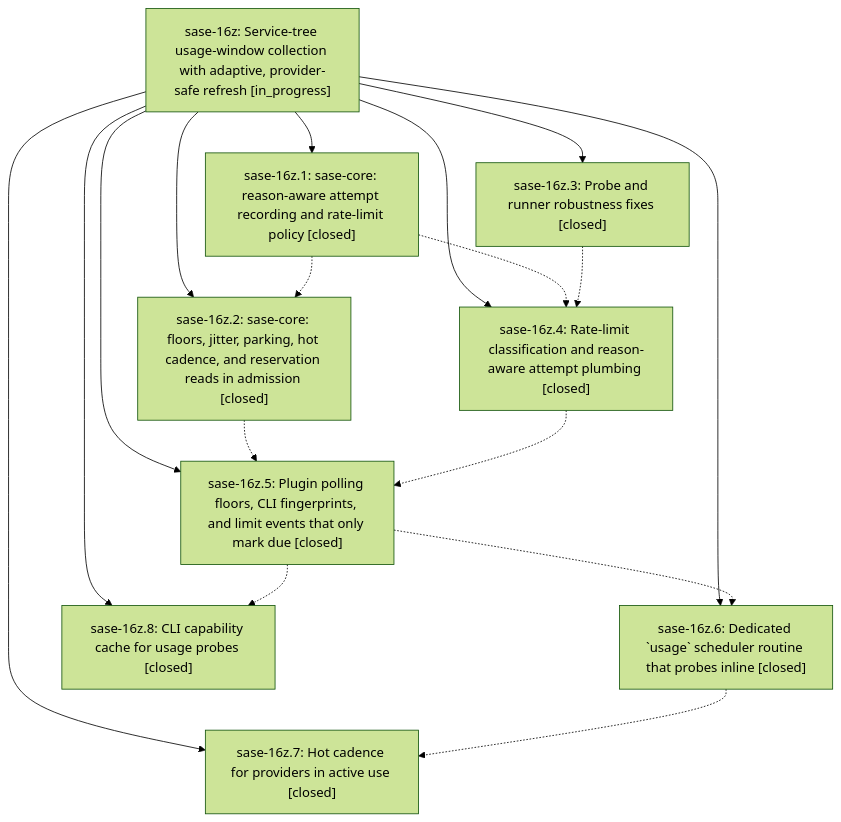
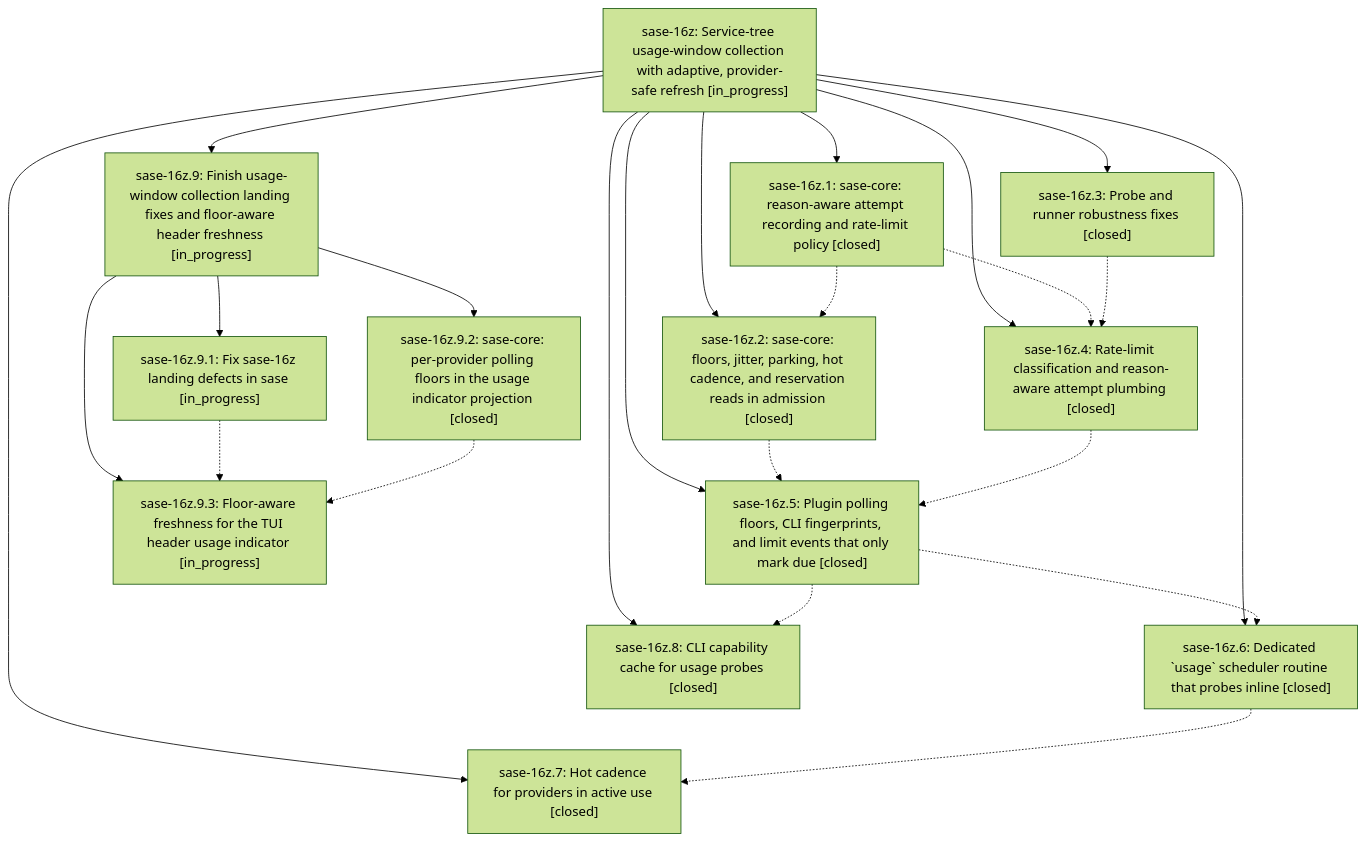
One commit to sase-org/sase--beads changed the diagram in pages/sase-16z/README.md. Above: the diagram before and after it, drawn with Mermaid (forest theme). The commit also changed other lines of this file and 5 other files, not shown here.

````diff
--- a/pages/sase-16z/README.md
+++ b/pages/sase-16z/README.md
@@ -35,28 +37,38 @@
 ```mermaid
 flowchart TD
     n0["sase-16z: Service-tree usage-window collection with adaptive, provider-safe refresh [in_progress]"]
     n1["sase-16z.1: sase-core: reason-aware attempt recording and rate-limit policy [closed]"]
     n2["sase-16z.2: sase-core: floors, jitter, parking, hot cadence, and reservation reads in admission [closed]"]
     n3["sase-16z.3: Probe and runner robustness fixes [closed]"]
     n4["sase-16z.4: Rate-limit classification and reason-aware attempt plumbing [closed]"]
     n5["sase-16z.5: Plugin polling floors, CLI fingerprints, and limit events that only mark due [closed]"]
     n6["sase-16z.6: Dedicated `usage` scheduler routine that probes inline [closed]"]
     n7["sase-16z.7: Hot cadence for providers in active use [closed]"]
     n8["sase-16z.8: CLI capability cache for usage probes [closed]"]
+    n9["sase-16z.9: Finish usage-window collection landing fixes and floor-aware header freshness [in_progress]"]
+    n10["sase-16z.9.1: Fix sase-16z landing defects in sase [in_progress]"]
+    n11["sase-16z.9.2: sase-core: per-provider polling floors in the usage indicator projection [closed]"]
+    n12["sase-16z.9.3: Floor-aware freshness for the TUI header usage indicator [in_progress]"]
     n0 --> n1
     n0 --> n2
     n0 --> n3
     n0 --> n4
     n0 --> n5
     n0 --> n6
     n0 --> n7
     n0 --> n8
+    n0 --> n9
+    n9 --> n10
+    n9 --> n11
+    n9 --> n12
     n1 -.-> n2
     n1 -.-> n4
     n2 -.-> n5
     n3 -.-> n4
     n4 -.-> n5
     n5 -.-> n6
     n5 -.-> n8
     n6 -.-> n7
+    n10 -.-> n12
+    n11 -.-> n12
 ```
````
